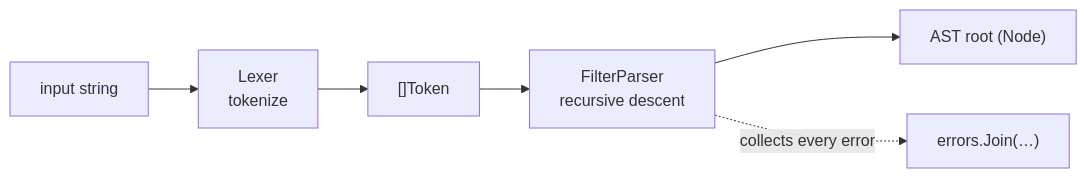
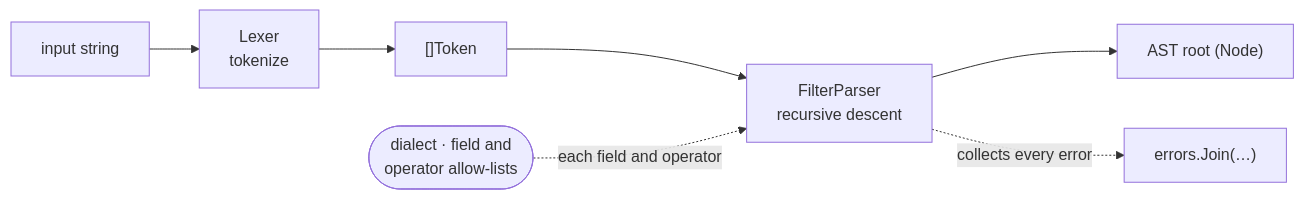
Before and after one commit to slashdevops/qfv: the second of 2 diagrams in README.md, drawn with Mermaid. The commit also changed other lines of this file, not shown here.

First line of the commit message:
docs: the README names the dialect and the license (#31)

````diff
--- a/README.md
+++ b/README.md
@@ -106,8 +108,9 @@
 ```mermaid
 flowchart LR
     IN["input string"] --> LEX["Lexer<br/>tokenize"]
     LEX --> TOK["[]Token"]
     TOK --> PAR["FilterParser<br/>recursive descent"]
+    CHK(["dialect · field and<br/>operator allow-lists"]) -. "each field and operator" .-> PAR
     PAR --> AST["AST root (Node)"]
     PAR -. "collects every error" .-> ERR["errors.Join(…)"]
 ```
````
